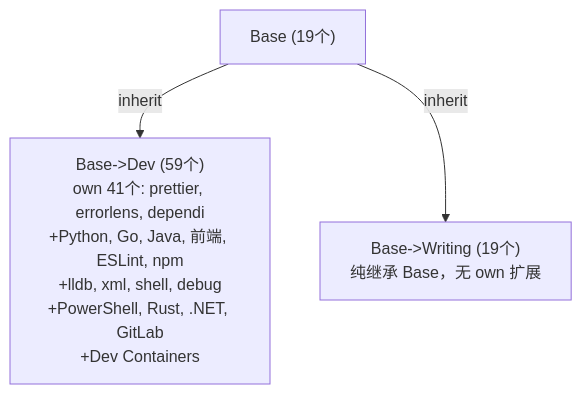
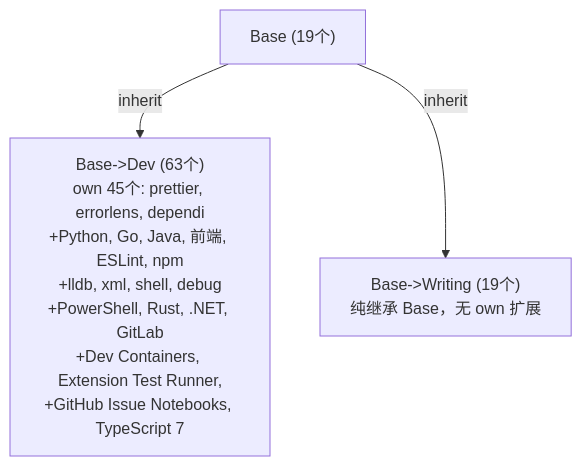
The diagram in vscode配置文件及其配置明细(开发者自用).md (luotianyiismywife/inherit-profile), drawn with Mermaid before and after one commit. The commit also changed other lines of this file and 2 other files, not shown here.

````diff
--- a/vscode配置文件及其配置明细(开发者自用).md
+++ b/vscode配置文件及其配置明细(开发者自用).md
@@ -266,9 +270,9 @@
 ```mermaid
 graph TB
     Base["Base (19个)"]
-    Dev["Base->Dev (59个)<br/>own 41个: prettier, errorlens, dependi<br/>+Python, Go, Java, 前端, ESLint, npm<br/>+lldb, xml, shell, debug<br/>+PowerShell, Rust, .NET, GitLab<br/>+Dev Containers"]
+    Dev["Base->Dev (63个)<br/>own 45个: prettier, errorlens, dependi<br/>+Python, Go, Java, 前端, ESLint, npm<br/>+lldb, xml, shell, debug<br/>+PowerShell, Rust, .NET, GitLab<br/>+Dev Containers, Extension Test Runner,<br/>+GitHub Issue Notebooks, TypeScript 7"]
     Writing["Base->Writing (19个)<br/>纯继承 Base，无 own 扩展"]
 
     Base -->|inherit| Dev
     Base -->|inherit| Writing
 ```
````
